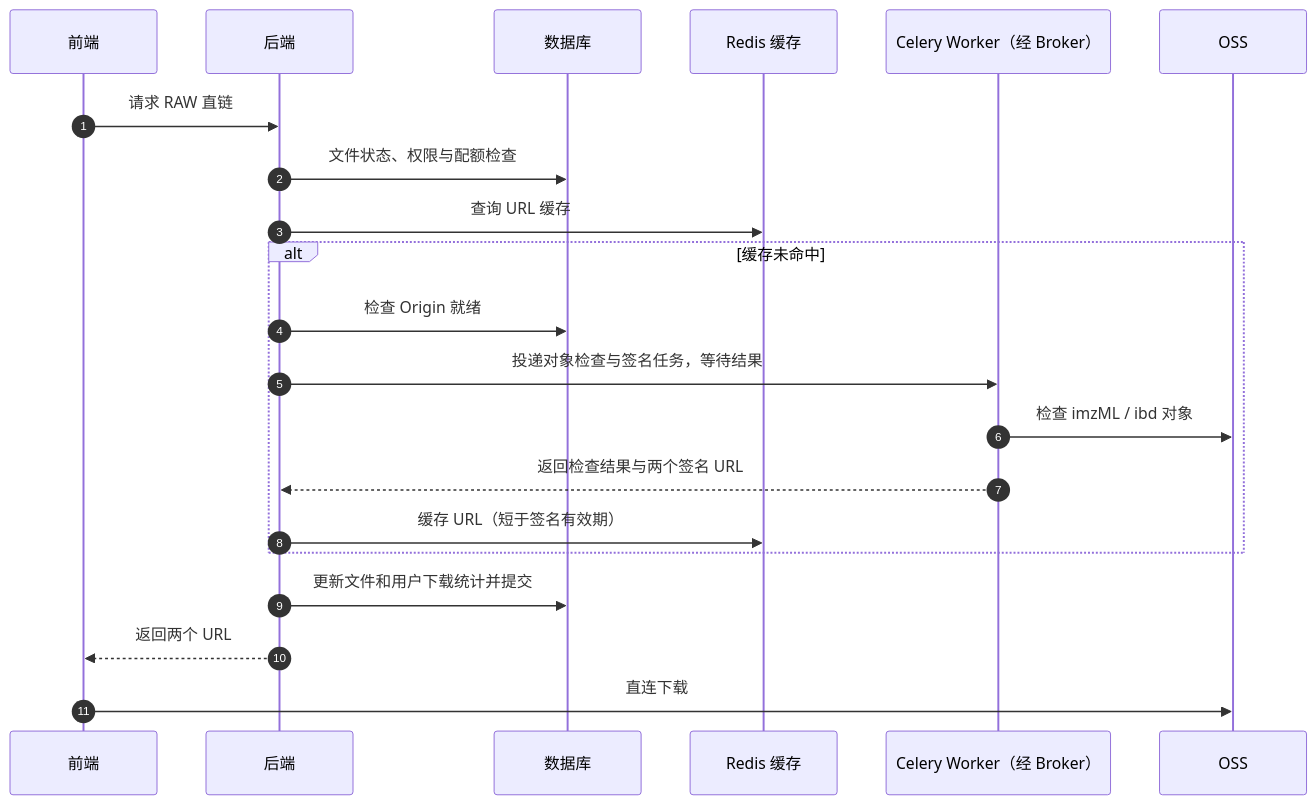
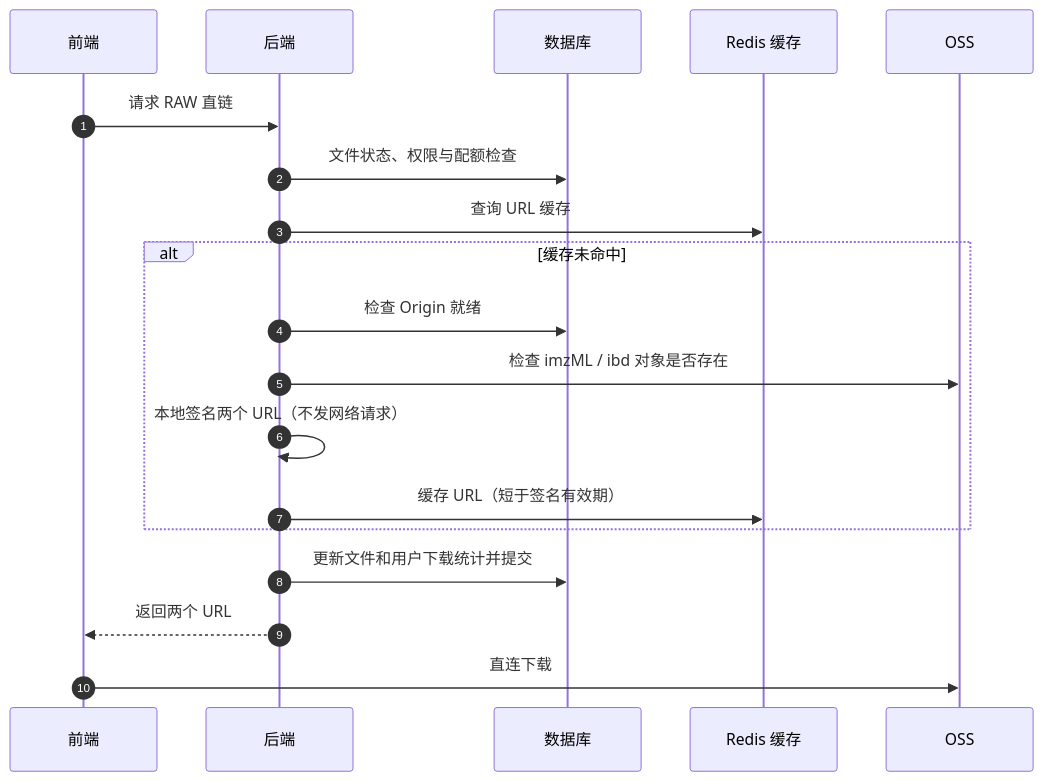
One commit to NeoNexusX/Kawaru changed the first of 2 diagrams in docs/zh/核心业务API架构-文件下载.md. Above: the diagram before and after it, drawn with Mermaid. The commit also changed other lines of this file and 55 other files, not shown here.

````diff
--- a/docs/zh/核心业务API架构-文件下载.md
+++ b/docs/zh/核心业务API架构-文件下载.md
@@ -31,24 +30,22 @@
 ```mermaid
 sequenceDiagram
     autonumber
     participant FE as 前端
     participant API as 后端
     participant DB as 数据库
     participant Redis as Redis 缓存
-    participant Worker as Celery Worker（经 Broker）
     participant OSS as OSS
 
     FE->>API: 请求 RAW 直链
     API->>DB: 文件状态、权限与配额检查
     API->>Redis: 查询 URL 缓存
     alt 缓存未命中
         API->>DB: 检查 Origin 就绪
-        API->>Worker: 投递对象检查与签名任务，等待结果
-        Worker->>OSS: 检查 imzML / ibd 对象
-        Worker-->>API: 返回检查结果与两个签名 URL
+        API->>OSS: 检查 imzML / ibd 对象是否存在
+        API->>API: 本地签名两个 URL（不发网络请求）
         API->>Redis: 缓存 URL（短于签名有效期）
     end
     API->>DB: 更新文件和用户下载统计并提交
     API-->>FE: 返回两个 URL
     FE->>OSS: 直连下载
 ```
````
